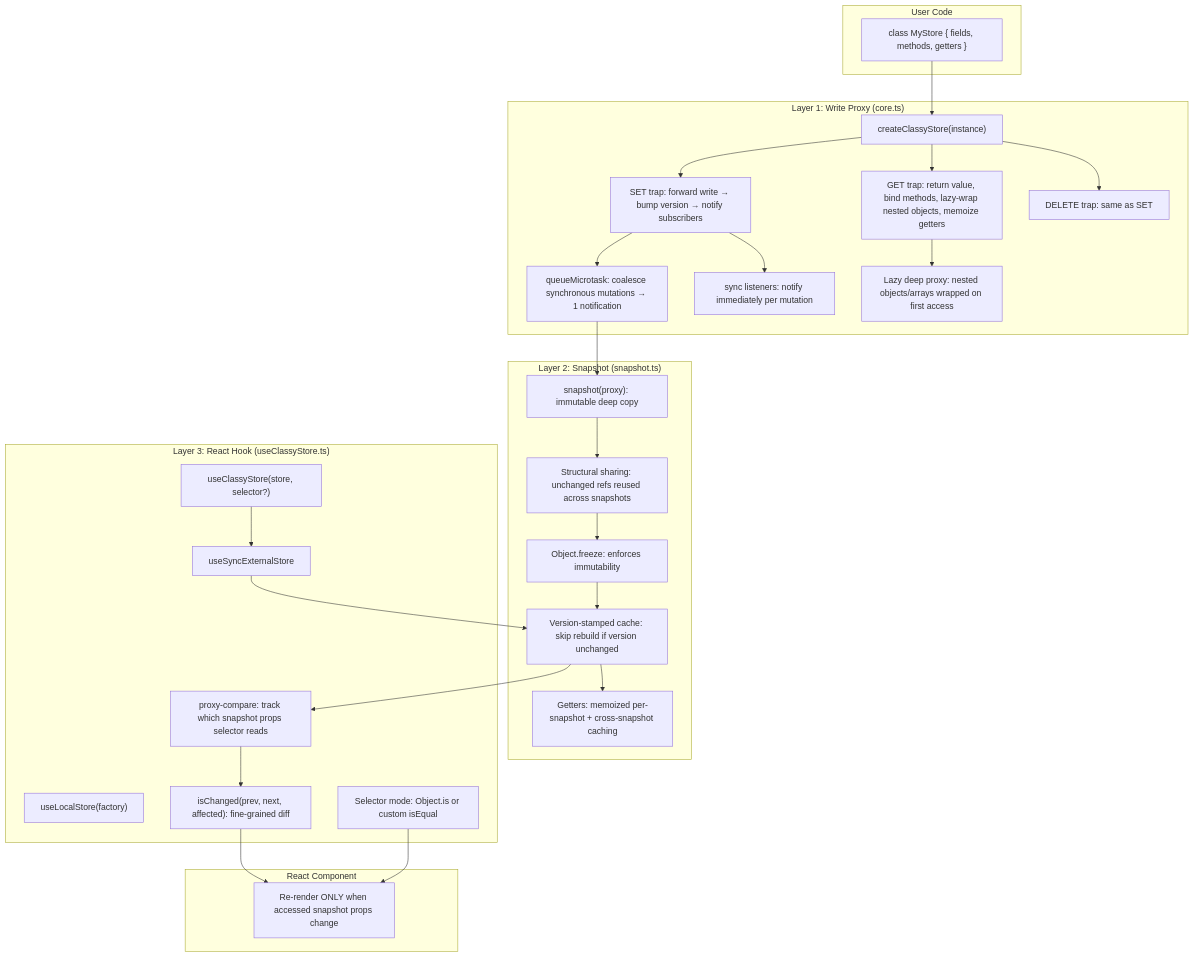
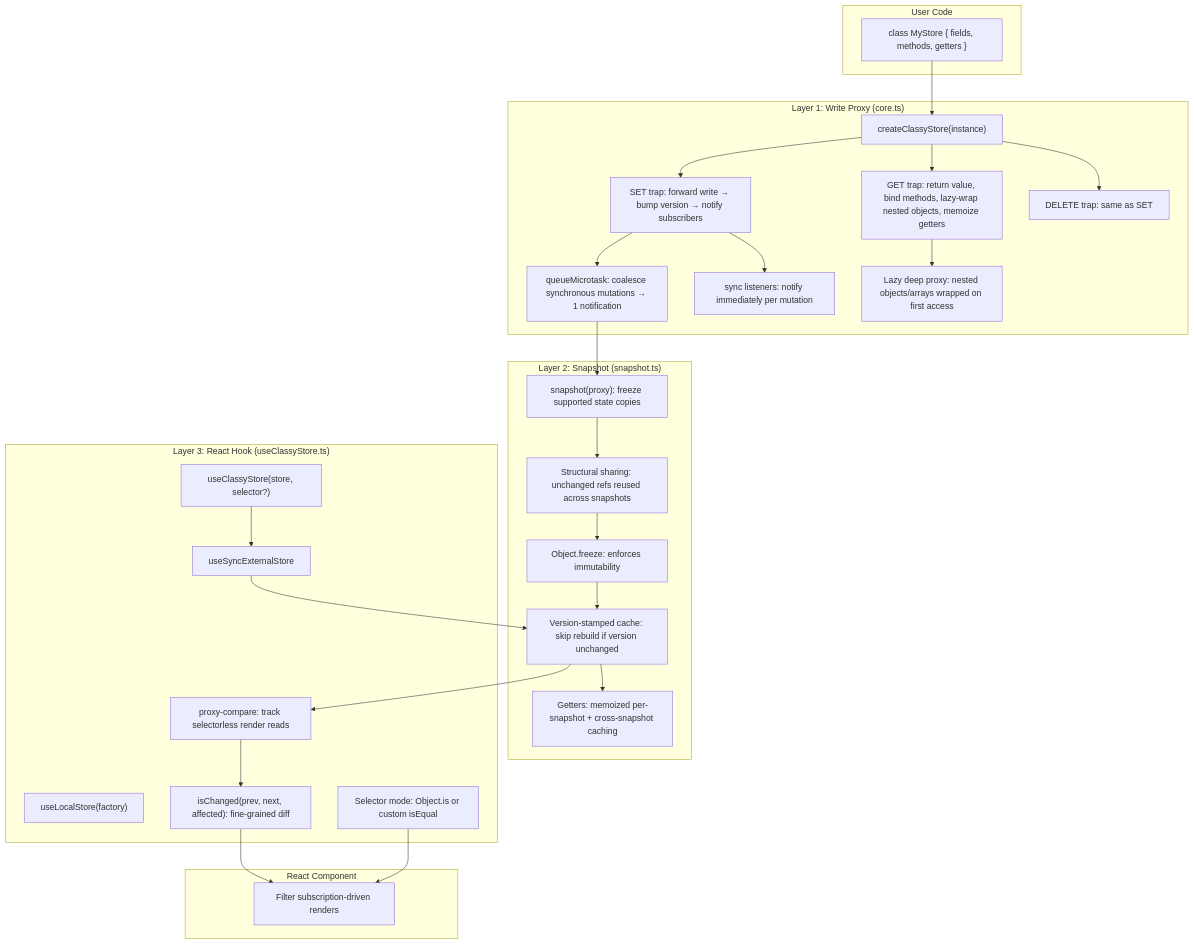
Before and after one commit to codeBelt/classy-store: the first of 8 diagrams in website/docs/ARCHITECTURE.md, drawn with Mermaid. The commit also changed other lines of this file and 15 other files, not shown here.

````diff
--- a/website/docs/ARCHITECTURE.md
+++ b/website/docs/ARCHITECTURE.md
@@ -9,56 +9,56 @@
 ```mermaid
 flowchart TB
   subgraph userCode ["User Code"]
     ClassDef["class MyStore { fields, methods, getters }"]
   end
 
   subgraph layer1 ["Layer 1: Write Proxy (core.ts)"]
     storeFn["createClassyStore(instance)"]
     SetTrap["SET trap: forward write → bump version → notify subscribers"]
     GetTrap["GET trap: return value, bind methods, lazy-wrap nested objects, memoize getters"]
     DeleteTrap["DELETE trap: same as SET"]
     Batch["queueMicrotask: coalesce synchronous mutations → 1 notification"]
     SyncNotify["sync listeners: notify immediately per mutation"]
     DeepProxy["Lazy deep proxy: nested objects/arrays wrapped on first access"]
   end
 
   subgraph layer2 ["Layer 2: Snapshot (snapshot.ts)"]
-    SnapshotFn["snapshot(proxy): immutable deep copy"]
+    SnapshotFn["snapshot(proxy): freeze supported state copies"]
     StructuralShare["Structural sharing: unchanged refs reused across snapshots"]
     Freeze["Object.freeze: enforces immutability"]
     VersionCache["Version-stamped cache: skip rebuild if version unchanged"]
     GetterEval["Getters: memoized per-snapshot + cross-snapshot caching"]
   end
 
   subgraph layer3 ["Layer 3: React Hook (useClassyStore.ts)"]
     UseStore["useClassyStore(store, selector?)"]
     UseLocalStore["useLocalStore(factory)"]
     USES["useSyncExternalStore"]
-    ProxyCompare["proxy-compare: track which snapshot props selector reads"]
+    ProxyCompare["proxy-compare: track selectorless render reads"]
     IsChanged["isChanged(prev, next, affected): fine-grained diff"]
     SelectorMode["Selector mode: Object.is or custom isEqual"]
   end
 
   subgraph component ["React Component"]
-    Render["Re-render ONLY when accessed snapshot props change"]
+    Render["Filter subscription-driven renders"]
   end
 
   ClassDef --> storeFn
   storeFn --> SetTrap
   storeFn --> GetTrap
   storeFn --> DeleteTrap
   SetTrap --> SyncNotify
   SetTrap --> Batch
   Batch --> SnapshotFn
   GetTrap --> DeepProxy
   SnapshotFn --> StructuralShare
   StructuralShare --> Freeze
   Freeze --> VersionCache
   VersionCache --> GetterEval
   UseStore --> USES
   USES --> VersionCache
   VersionCache --> ProxyCompare
   ProxyCompare --> IsChanged
   IsChanged --> Render
   SelectorMode --> Render
 ```
````
